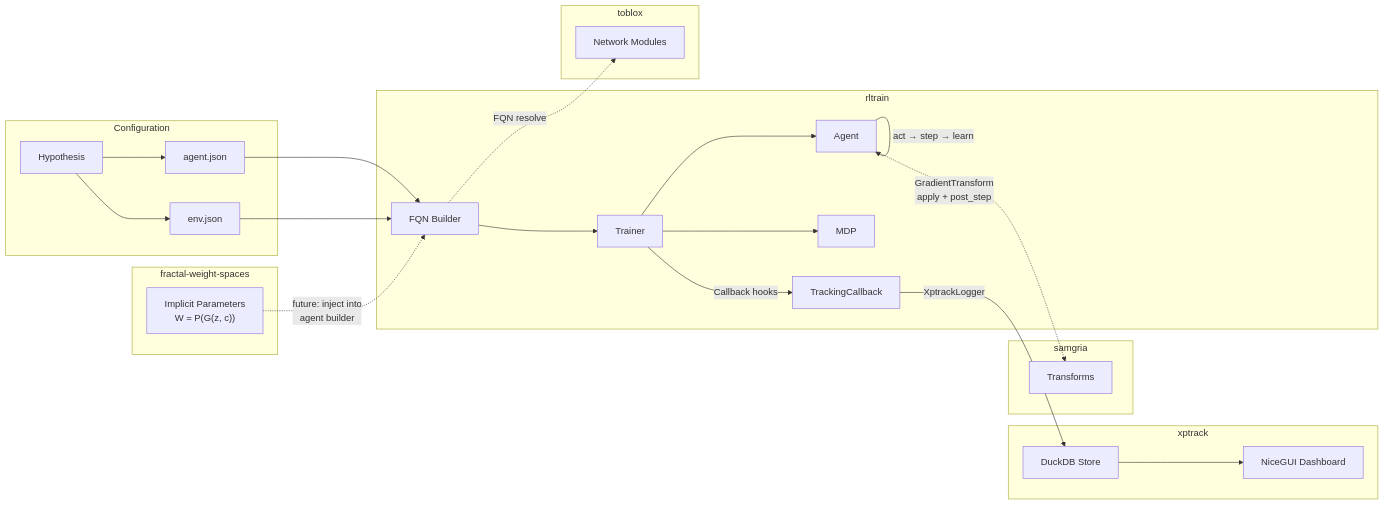
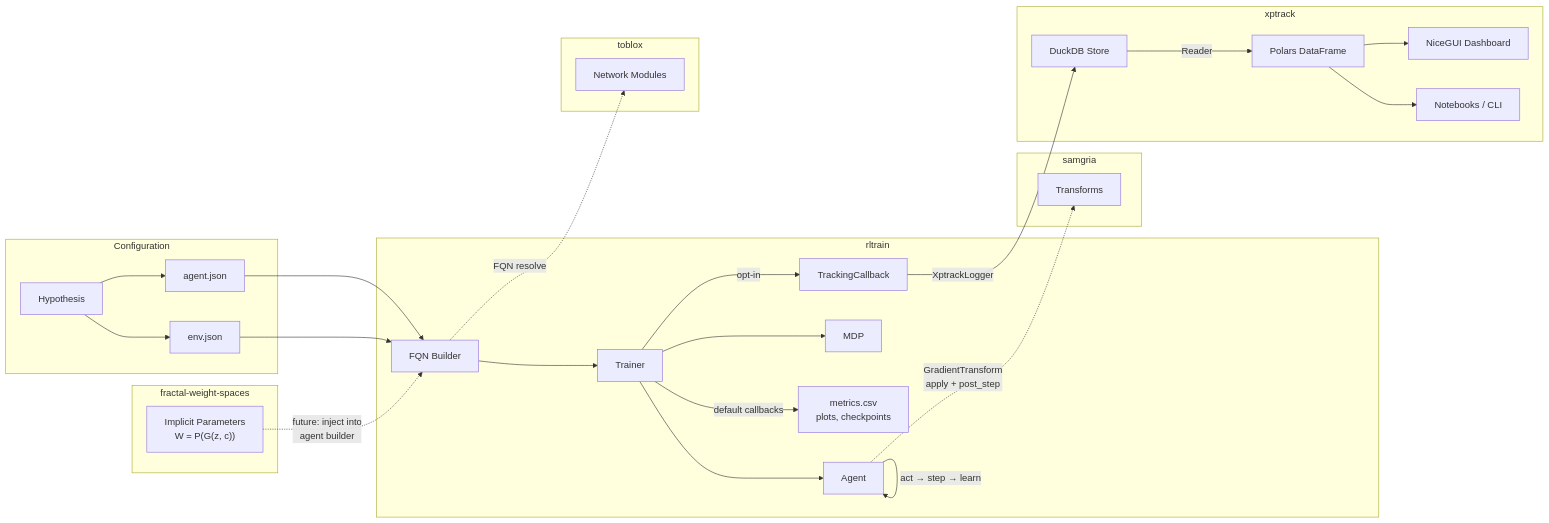
The diagram in docs/ecosystem.md (DarkbyteAT/rltrain), drawn with Mermaid before and after one commit. The commit also changed other lines of this file, not shown here.

First line of the commit message:
Address data/ML team review: multi-seed, xptrack wiring, paper status

````diff
--- a/docs/ecosystem.md
+++ b/docs/ecosystem.md
@@ -18,34 +20,37 @@
 ```mermaid
 graph LR
     subgraph Configuration
         H["Hypothesis"] --> AC["agent.json"]
         H --> EC["env.json"]
     end
 
     subgraph rltrain
         AC --> B["FQN Builder"]
         EC --> B
         B --> TR["Trainer"]
         TR --> A["Agent"]
         TR --> E["MDP"]
         A -->|"act → step → learn"| A
-        TR -->|"Callback hooks"| TC["TrackingCallback"]
+        TR -->|"default callbacks"| CSV["metrics.csv\nplots, checkpoints"]
+        TR -->|"opt-in"| TC["TrackingCallback"]
     end
 
     subgraph samgria
         A -.->|"GradientTransform\napply + post_step"| GT["Transforms"]
     end
 
     subgraph toblox
         B -.->|"FQN resolve"| NN["Network Modules"]
     end
 
     subgraph xptrack
         TC -->|"XptrackLogger"| XP["DuckDB Store"]
-        XP --> D["NiceGUI Dashboard"]
+        XP -->|"Reader"| DF["Polars DataFrame"]
+        DF --> D["NiceGUI Dashboard"]
+        DF --> NB["Notebooks / CLI"]
     end
 
     subgraph fractal-weight-spaces
         FWS["Implicit Parameters\nW = P(G(z, c))"] -.->|"future: inject into\nagent builder"| B
     end
 ```
````
